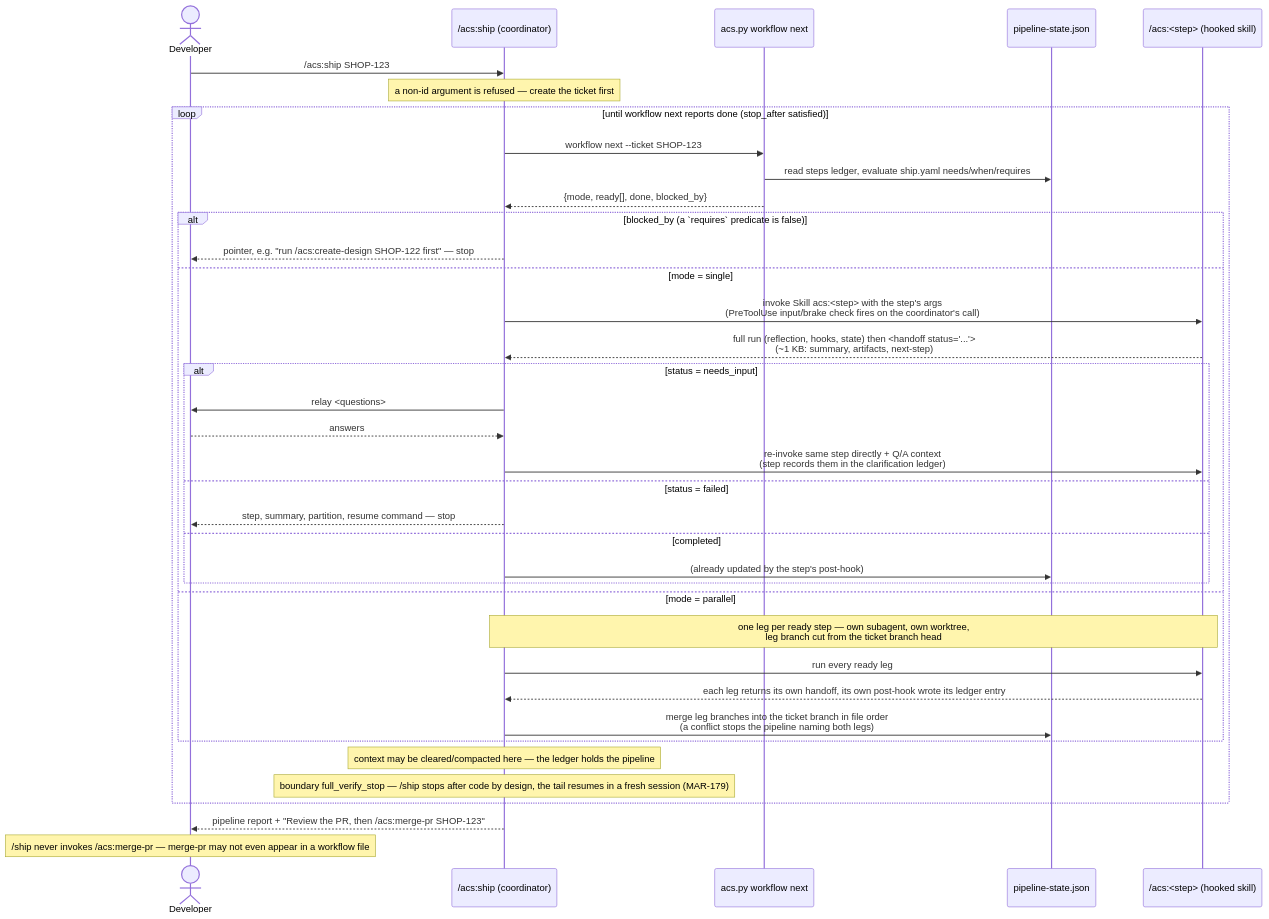
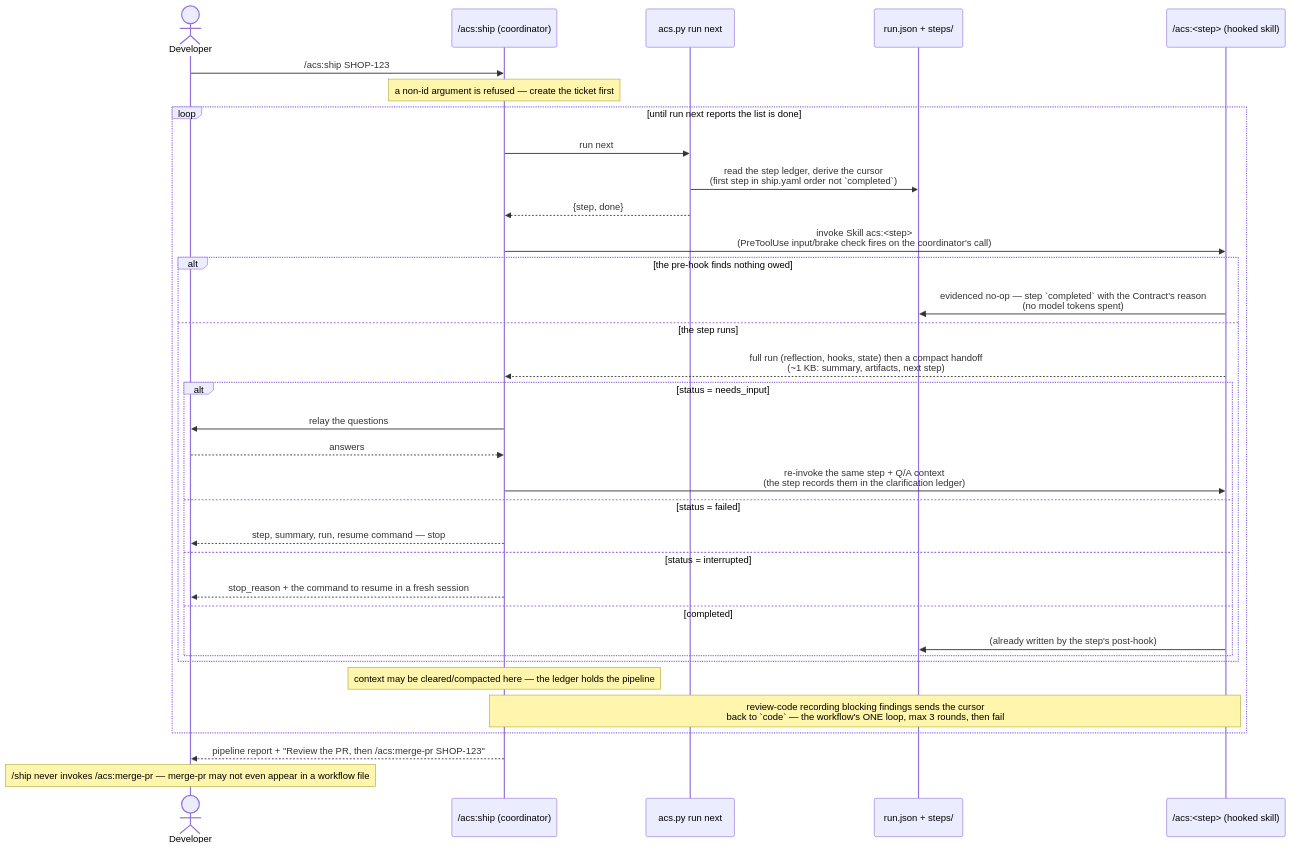
Before and after one commit to globalmindsolution/gms-marketplace: the first of 2 diagrams in docs/architecture/lld/flows/ship-pipeline.md, drawn with Mermaid. The commit also changed other lines of this file and 355 other files, not shown here.

````diff
--- a/docs/architecture/lld/flows/ship-pipeline.md
+++ b/docs/architecture/lld/flows/ship-pipeline.md
@@ -18,40 +25,37 @@
 ```mermaid
 sequenceDiagram
     actor Dev as Developer
     participant SH as /acs:ship (coordinator)
-    participant WF as acs.py workflow next
-    participant WS as pipeline-state.json
+    participant WF as acs.py run next
+    participant WS as run.json + steps/
     participant SK as /acs:<step> (hooked skill)
 
     Dev->>SH: /acs:ship SHOP-123
     note over SH: a non-id argument is refused — create the ticket first
-    loop until workflow next reports done (stop_after satisfied)
-        SH->>WF: workflow next --ticket SHOP-123
-        WF->>WS: read steps ledger, evaluate ship.yaml needs/when/requires
-        WF-->>SH: {mode, ready[], done, blocked_by}
-        alt blocked_by (a `requires` predicate is false)
-            SH-->>Dev: pointer, e.g. "run /acs:create-design SHOP-122 first" — stop
-        else mode = single
-            SH->>SK: invoke Skill acs:<step> with the step's args<br/>(PreToolUse input/brake check fires on the coordinator's call)
-            SK-->>SH: full run (reflection, hooks, state) then <handoff status="..."><br/>(~1 KB: summary, artifacts, next-step)
+    loop until run next reports the list is done
+        SH->>WF: run next
+        WF->>WS: read the step ledger, derive the cursor<br/>(first step in ship.yaml order not `completed`)
+        WF-->>SH: {step, done}
+        SH->>SK: invoke Skill acs:<step><br/>(PreToolUse input/brake check fires on the coordinator's call)
+        alt the pre-hook finds nothing owed
+            SK->>WS: evidenced no-op — step `completed` with the Contract's reason<br/>(no model tokens spent)
+        else the step runs
+            SK-->>SH: full run (reflection, hooks, state) then a compact handoff<br/>(~1 KB: summary, artifacts, next step)
             alt status = needs_input
-                SH->>Dev: relay <questions>
+                SH->>Dev: relay the questions
                 Dev-->>SH: answers
-                SH->>SK: re-invoke same step directly + Q/A context<br/>(step records them in the clarification ledger)
+                SH->>SK: re-invoke the same step + Q/A context<br/>(the step records them in the clarification ledger)
             else status = failed
-                SH-->>Dev: step, summary, partition, resume command — stop
+                SH-->>Dev: step, summary, run, resume command — stop
+            else status = interrupted
+                SH-->>Dev: stop_reason + the command to resume in a fresh session
             else completed
-                SH->>WS: (already updated by the step's post-hook)
+                SK->>WS: (already written by the step's post-hook)
             end
-        else mode = parallel
-            note over SH,SK: one leg per ready step — own subagent, own worktree,<br/>leg branch cut from the ticket branch head
-            SH->>SK: run every ready leg
-            SK-->>SH: each leg returns its own handoff, its own post-hook wrote its ledger entry
-            SH->>WS: merge leg branches into the ticket branch in file order<br/>(a conflict stops the pipeline naming both legs)
         end
         note over SH: context may be cleared/compacted here — the ledger holds the pipeline
-        note over SH: boundary full_verify_stop — /ship stops after code by design, the tail resumes in a fresh session (MAR-179)
+        note over SH,SK: review-code recording blocking findings sends the cursor<br/>back to `code` — the workflow's ONE loop, max 3 rounds, then fail
     end
     SH-->>Dev: pipeline report + "Review the PR, then /acs:merge-pr SHOP-123"
     note over Dev: /ship never invokes /acs:merge-pr — merge-pr may not even appear in a workflow file
 ```
````
